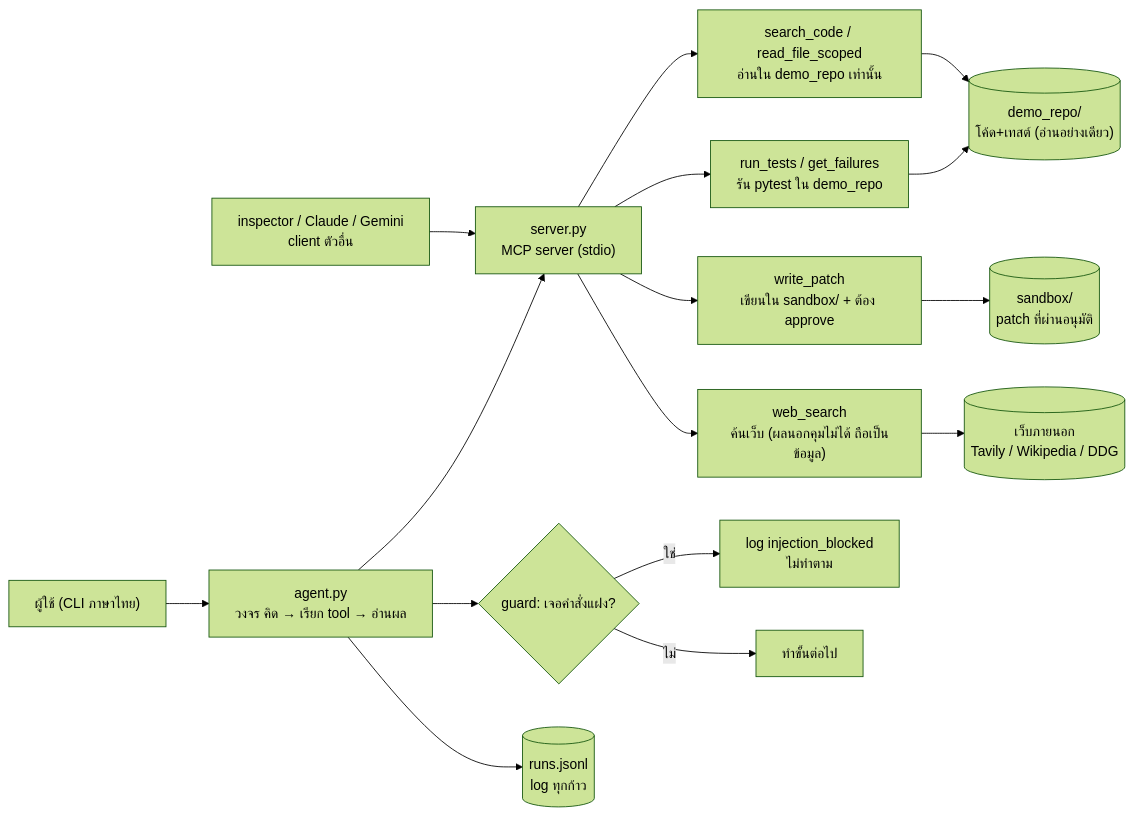
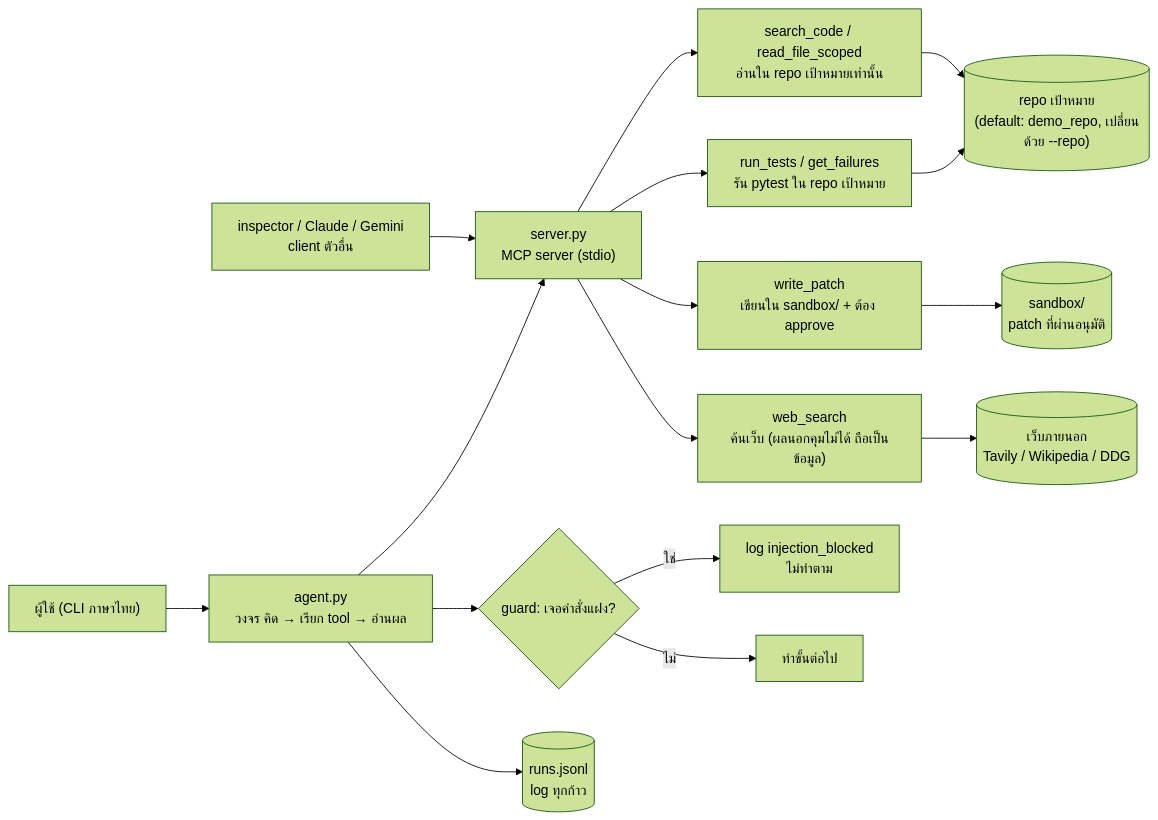
Before and after one commit to G-x86/Final-Project: the first of 2 diagrams in README.md, drawn with Mermaid (forest theme). The commit also changed other lines of this file and 5 other files, not shown here.

Commit message:
Add --repo target, web_search fallback chain, model picker; update README diagrams and docs

````diff
--- a/README.md
+++ b/README.md
@@ -24,18 +24,18 @@
 ```mermaid
 flowchart LR
     U["ผู้ใช้ (CLI ภาษาไทย)"] --> A["agent.py<br/>วงจร คิด → เรียก tool → อ่านผล"]
     A --> S["server.py<br/>MCP server (stdio)"]
-    S --> T1["run_tests / get_failures<br/>รัน pytest ใน demo_repo"]
-    S --> T2["search_code / read_file_scoped<br/>อ่านใน demo_repo เท่านั้น"]
+    S --> T1["run_tests / get_failures<br/>รัน pytest ใน repo เป้าหมาย"]
+    S --> T2["search_code / read_file_scoped<br/>อ่านใน repo เป้าหมายเท่านั้น"]
     S --> T3["write_patch<br/>เขียนใน sandbox/ + ต้อง approve"]
     S --> T4["web_search<br/>ค้นเว็บ (ผลนอกคุมไม่ได้ ถือเป็นข้อมูล)"]
-    T1 --> D[("demo_repo/<br/>โค้ด+เทสต์ (อ่านอย่างเดียว)")]
+    T1 --> D[("repo เป้าหมาย<br/>(default: demo_repo, เปลี่ยนด้วย --repo)")]
     T2 --> D
     T3 --> B[("sandbox/<br/>patch ที่ผ่านอนุมัติ")]
     T4 --> W[("เว็บภายนอก<br/>Tavily / Wikipedia / DDG")]
     A --> G{"guard: เจอคำสั่งแฝง?"}
     G -->|ใช่| L1["log injection_blocked<br/>ไม่ทำตาม"]
     G -->|ไม่| L2["ทำขั้นต่อไป"]
     A --> LOG[("runs.jsonl<br/>log ทุกก้าว")]
     C1["inspector / Claude / Gemini<br/>client ตัวอื่น"] --> S
 ```
````
